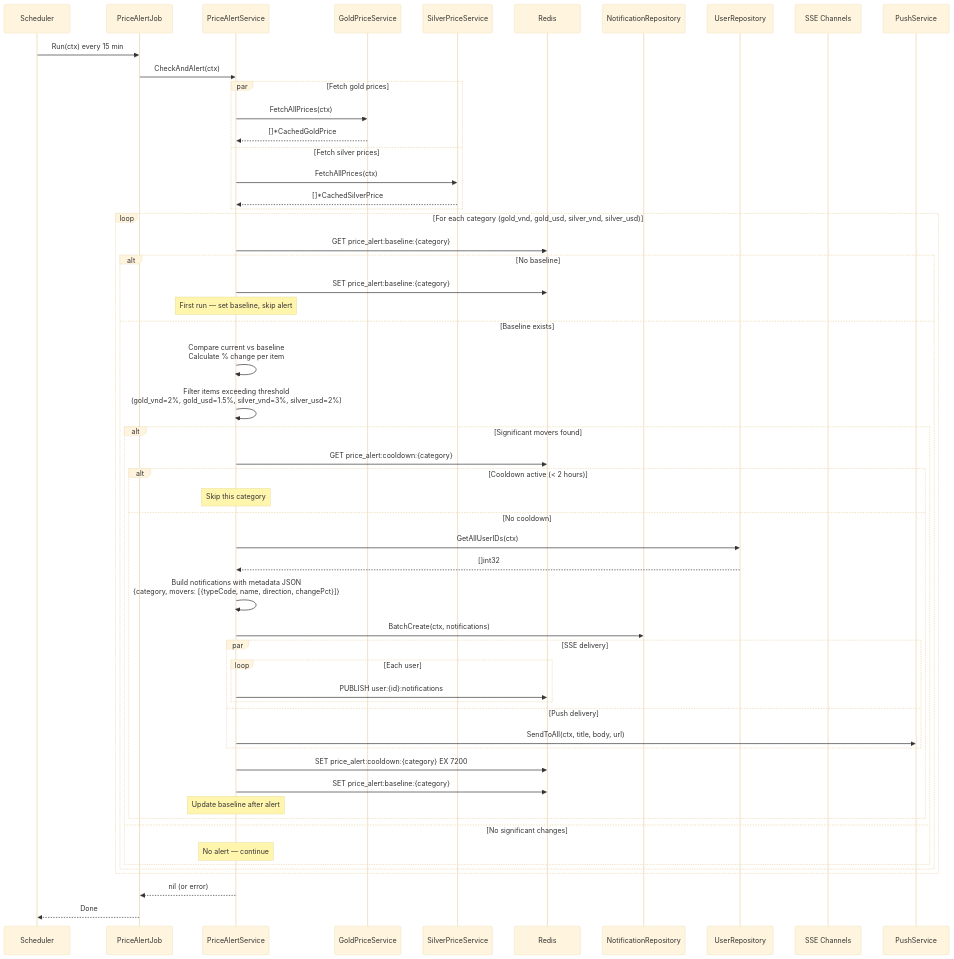
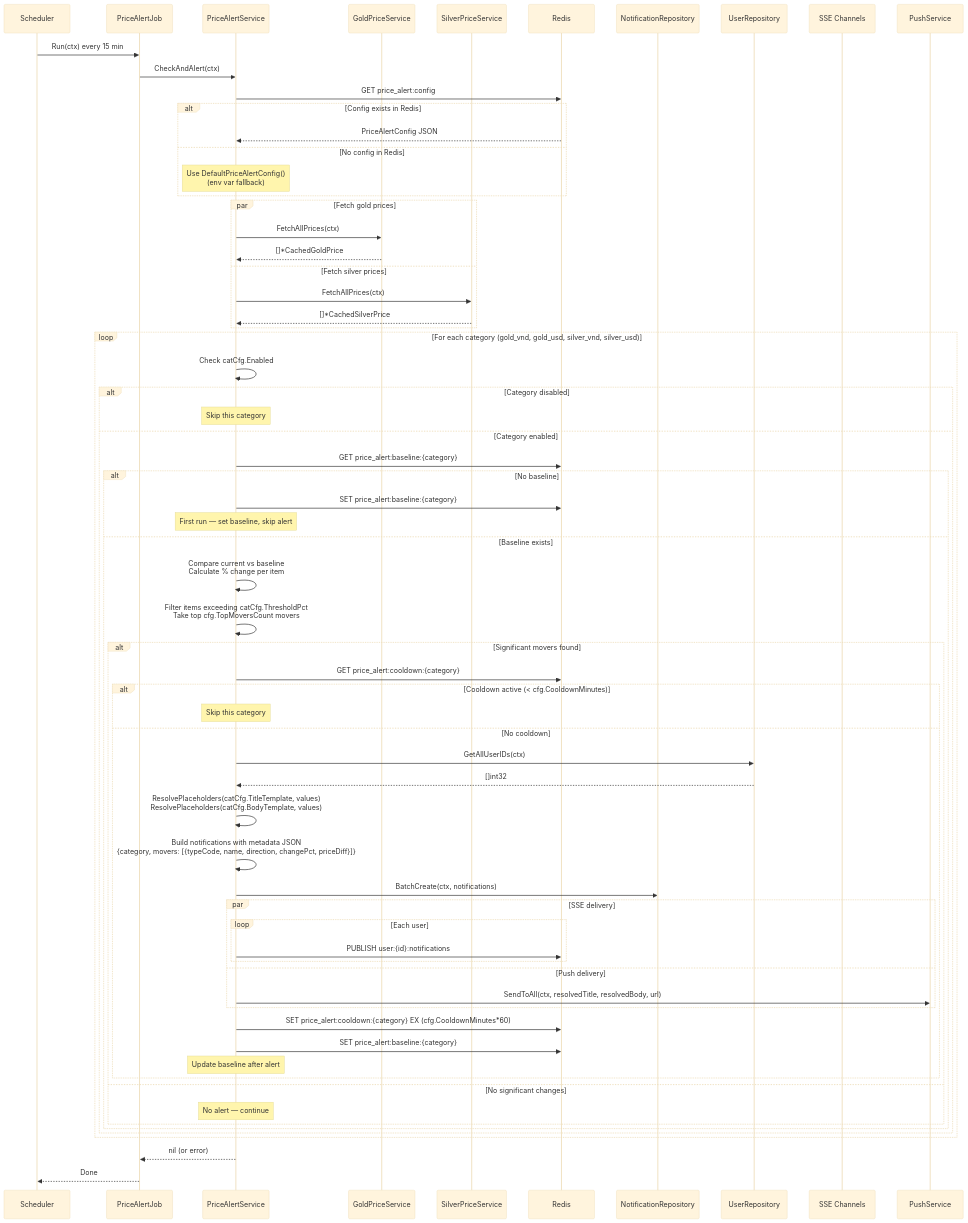
The eighth of 10 diagrams in docs/architecture/flow-cross-cutting.md (khanhnq1406/wealth-journey), drawn with Mermaid (base theme) before and after one commit. The commit also changed other lines of this file and 3 other files, not shown here.

First line of the commit message:
docs(price-alert-config): update C4 diagrams and runtime flow documentation

````diff
--- a/docs/architecture/flow-cross-cutting.md
+++ b/docs/architecture/flow-cross-cutting.md
@@ -521,65 +522,78 @@
 ```mermaid
 sequenceDiagram
     participant SCH as Scheduler
     participant PAJ as PriceAlertJob
     participant PAS as PriceAlertService
     participant GPS as GoldPriceService
     participant SPS as SilverPriceService
     participant R as Redis
     participant NR as NotificationRepository
     participant UR as UserRepository
     participant SSE as SSE Channels
     participant PUSH as PushService
 
     SCH->>PAJ: Run(ctx) every 15 min
     PAJ->>PAS: CheckAndAlert(ctx)
 
+    PAS->>R: GET price_alert:config
+    alt Config exists in Redis
+        R-->>PAS: PriceAlertConfig JSON
+    else No config in Redis
+        Note over PAS: Use DefaultPriceAlertConfig()<br/>(env var fallback)
+    end
+
     par Fetch gold prices
         PAS->>GPS: FetchAllPrices(ctx)
         GPS-->>PAS: []*CachedGoldPrice
     and Fetch silver prices
         PAS->>SPS: FetchAllPrices(ctx)
         SPS-->>PAS: []*CachedSilverPrice
     end
 
     loop For each category (gold_vnd, gold_usd, silver_vnd, silver_usd)
-        PAS->>R: GET price_alert:baseline:{category}
-        alt No baseline
-            PAS->>R: SET price_alert:baseline:{category}
-            Note over PAS: First run — set baseline, skip alert
-        else Baseline exists
-            PAS->>PAS: Compare current vs baseline<br/>Calculate % change per item
-            PAS->>PAS: Filter items exceeding threshold<br/>(gold_vnd=2%, gold_usd=1.5%, silver_vnd=3%, silver_usd=2%)
+        PAS->>PAS: Check catCfg.Enabled
+        alt Category disabled
+            Note over PAS: Skip this category
+        else Category enabled
+            PAS->>R: GET price_alert:baseline:{category}
+            alt No baseline
+                PAS->>R: SET price_alert:baseline:{category}
+                Note over PAS: First run — set baseline, skip alert
+            else Baseline exists
+                PAS->>PAS: Compare current vs baseline<br/>Calculate % change per item
+                PAS->>PAS: Filter items exceeding catCfg.ThresholdPct<br/>Take top cfg.TopMoversCount movers
 
-            alt Significant movers found
-                PAS->>R: GET price_alert:cooldown:{category}
-                alt Cooldown active (< 2 hours)
-                    Note over PAS: Skip this category
-                else No cooldown
-                    PAS->>UR: GetAllUserIDs(ctx)
-                    UR-->>PAS: []int32
+                alt Significant movers found
+                    PAS->>R: GET price_alert:cooldown:{category}
+                    alt Cooldown active (< cfg.CooldownMinutes)
+                        Note over PAS: Skip this category
+                    else No cooldown
+                        PAS->>UR: GetAllUserIDs(ctx)
+                        UR-->>PAS: []int32
 
-                    PAS->>PAS: Build notifications with metadata JSON<br/>{category, movers: [{typeCode, name, direction, changePct}]}
-                    PAS->>NR: BatchCreate(ctx, notifications)
+                        PAS->>PAS: ResolvePlaceholders(catCfg.TitleTemplate, values)<br/>ResolvePlaceholders(catCfg.BodyTemplate, values)
+                        PAS->>PAS: Build notifications with metadata JSON<br/>{category, movers: [{typeCode, name, direction, changePct, priceDiff}]}
+                        PAS->>NR: BatchCreate(ctx, notifications)
 
-                    par SSE delivery
-                        loop Each user
-                            PAS->>R: PUBLISH user:{id}:notifications
+                        par SSE delivery
+                            loop Each user
+                                PAS->>R: PUBLISH user:{id}:notifications
+                            end
+                        and Push delivery
+                            PAS->>PUSH: SendToAll(ctx, resolvedTitle, resolvedBody, url)
                         end
-                    and Push delivery
-                        PAS->>PUSH: SendToAll(ctx, title, body, url)
+
+                        PAS->>R: SET price_alert:cooldown:{category} EX (cfg.CooldownMinutes*60)
+                        PAS->>R: SET price_alert:baseline:{category}
+                        Note over PAS: Update baseline after alert
                     end
-
-                    PAS->>R: SET price_alert:cooldown:{category} EX 7200
-                    PAS->>R: SET price_alert:baseline:{category}
-                    Note over PAS: Update baseline after alert
+                else No significant changes
+                    Note over PAS: No alert — continue
                 end
-            else No significant changes
-                Note over PAS: No alert — continue
             end
         end
     end
 
     PAS-->>PAJ: nil (or error)
     PAJ-->>SCH: Done
 ```
````
